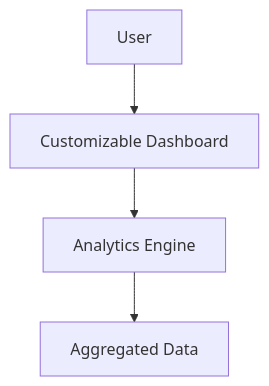
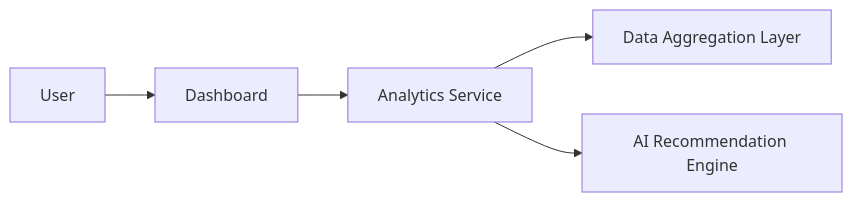
Before and after one commit to Davamani-git/APB_Demo: the diagram in HLD/QE-3972_HLD.md, drawn with Mermaid. The commit also changed other lines of this file and 3 other files, not shown here.

````diff
--- a/HLD/QE-3972_HLD.md
+++ b/HLD/QE-3972_HLD.md
@@ -4,10 +4,12 @@
 ```mermaid
-flowchart TD
-    U["User"]
-    D["Customizable Dashboard"]
-    A["Analytics Engine"]
-    DS["Aggregated Data"]
-    U --> D
-    D --> A
-    A --> DS
+flowchart LR
+    A["User"]
+    B["Dashboard"]
+    C["Analytics Service"]
+    D["Data Aggregation Layer"]
+    E["AI Recommendation Engine"]
+    A --> B
+    B --> C
+    C --> D
+    C --> E
 ```
````
